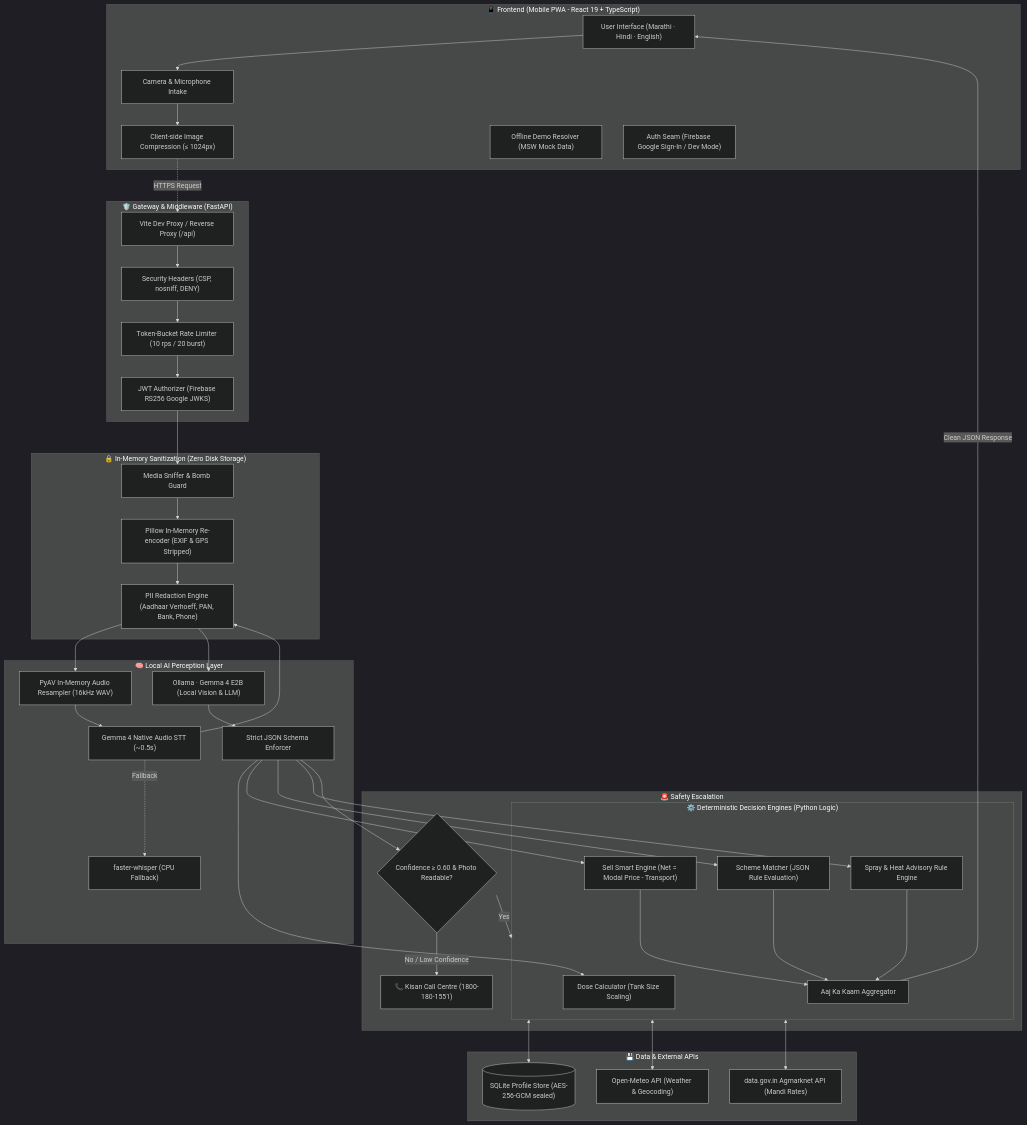
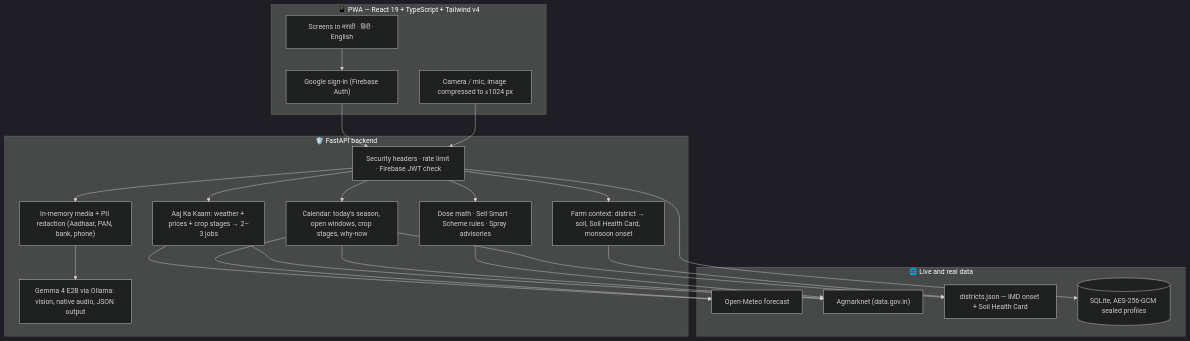
One commit to AmanDadsena/Arth changed the diagram in README.md. Above: the diagram before and after it, drawn with Mermaid (dark theme). The commit also changed other lines of this file and 2 other files, not shown here.

Commit message:
docs: README, spec and briefing for live-only Arth with soil and calendar automation

````diff
--- a/README.md
+++ b/README.md
@@ -100,84 +120,35 @@
 ```mermaid
 flowchart TD
-    subgraph Client["📱 Frontend (Mobile PWA - React 19 + TypeScript)"]
-        UI["User Interface (Marathi · Hindi · English)"]
-        CamMic["Camera & Microphone Intake"]
-        Comp["Client-side Image Compression (≤ 1024px)"]
-        DemoMSW["Offline Demo Resolver (MSW Mock Data)"]
-        AuthClient["Auth Seam (Firebase Google Sign-In / Dev Mode)"]
-        
-        UI --> CamMic
-        CamMic --> Comp
+    subgraph Phone["📱 PWA — React 19 + TypeScript + Tailwind v4"]
+        UI["Screens in मराठी · हिंदी · English"]
+        Auth["Google sign-in (Firebase Auth)"]
+        Cam["Camera / mic, image compressed to ≤1024 px"]
     end
 
-    subgraph Gateway["🛡️ Gateway & Middleware (FastAPI)"]
-        Proxy["Vite Dev Proxy / Reverse Proxy (/api)"]
-        SecHeaders["Security Headers (CSP, nosniff, DENY)"]
-        RateLimiter["Token-Bucket Rate Limiter (10 rps / 20 burst)"]
-        JWTVerify["JWT Authorizer (Firebase RS256 Google JWKS)"]
-        
-        Comp -.->|HTTPS Request| Proxy
-        Proxy --> SecHeaders
-        SecHeaders --> RateLimiter
-        RateLimiter --> JWTVerify
+    subgraph API["🛡️ FastAPI backend"]
+        MW["Security headers · rate limit · Firebase JWT check"]
+        Farm["Farm context: district → soil, Soil Health Card, monsoon onset"]
+        Cal["Calendar: today's season, open windows, crop stages, why-now"]
+        Brief["Aaj Ka Kaam: weather + prices + crop stages → 2–3 jobs"]
+        Rules["Dose math · Sell Smart · Scheme rules · Spray advisories"]
+        PII["In-memory media + PII redaction (Aadhaar, PAN, bank, phone)"]
+        AI["Gemma 4 E2B via Ollama: vision, native audio, JSON output"]
     end
 
-    subgraph PrivacyLayer["🔒 In-Memory Sanitization (Zero Disk Storage)"]
-        MediaSniffer["Media Sniffer & Bomb Guard"]
-        EXIFStrip["Pillow In-Memory Re-encoder (EXIF & GPS Stripped)"]
-        PIIFilter["PII Redaction Engine (Aadhaar Verhoeff, PAN, Bank, Phone)"]
-        
-        JWTVerify --> MediaSniffer
-        MediaSniffer --> EXIFStrip
-        EXIFStrip --> PIIFilter
+    subgraph Data["🌐 Live and real data"]
+        OM["Open-Meteo forecast"]
+        AG["Agmarknet (data.gov.in)"]
+        DS["districts.json — IMD onset + Soil Health Card"]
+        DB[("SQLite, AES-256-GCM sealed profiles")]
     end
 
-    subgraph AI["🧠 Local AI Perception Layer"]
-        AudioDecode["PyAV In-Memory Audio Resampler (16kHz WAV)"]
-        GemmaNativeSTT["Gemma 4 Native Audio STT (~0.5s)"]
-        WhisperFallback["faster-whisper (CPU Fallback)"]
-        OllamaGemma["Ollama · Gemma 4 E2B (Local Vision & LLM)"]
-        SchemaValidator["Strict JSON Schema Enforcer"]
-        
-        PIIFilter --> AudioDecode
-        AudioDecode --> GemmaNativeSTT -.->|Fallback| WhisperFallback
-        GemmaNativeSTT --> PIIFilter
-        PIIFilter --> OllamaGemma
-        OllamaGemma --> SchemaValidator
-    end
-
-    subgraph Engines["⚙️ Deterministic Decision Engines (Python Logic)"]
-        DoseCalc["Dose Calculator (Tank Size Scaling)"]
-        MandiCalc["Sell Smart Engine (Net = Modal Price - Transport)"]
-        SchemeRule["Scheme Matcher (JSON Rule Evaluation)"]
-        WeatherRule["Spray & Heat Advisory Rule Engine"]
-        BriefGen["Aaj Ka Kaam Aggregator"]
-        
-        SchemaValidator --> DoseCalc
-        SchemaValidator --> MandiCalc
-        SchemaValidator --> SchemeRule
-        SchemaValidator --> WeatherRule
-        WeatherRule & MandiCalc & SchemeRule --> BriefGen
-    end
-
-    subgraph Escalation["🚨 Safety Escalation"]
-        ConfidenceCheck{"Confidence ≥ 0.60 & Photo Readable?"}
-        KisanCall["📞 Kisan Call Centre (1800-180-1551)"]
-        
-        SchemaValidator --> ConfidenceCheck
-        ConfidenceCheck -- No / Low Confidence --> KisanCall
-        ConfidenceCheck -- Yes --> Engines
-    end
-
-    subgraph DataStore["💾 Data & External APIs"]
-        EncryptedDB[("SQLite Profile Store (AES-256-GCM sealed)")]
-        OpenMeteo["Open-Meteo API (Weather & Geocoding)"]
-        Agmarknet["data.gov.in Agmarknet API (Mandi Rates)"]
-        
-        Engines <--> EncryptedDB
-        Engines <--> OpenMeteo
-        Engines <--> Agmarknet
-    end
-
-    BriefGen -->|Clean JSON Response| UI
+    UI --> Auth --> MW
+    Cam --> MW
+    MW --> Brief & Cal & Farm & Rules & PII
+    PII --> AI
+    Brief --> OM & AG
+    Cal --> OM & AG & DS
+    Farm --> DS
+    Rules --> AG
+    MW --> DB
 ```
````
